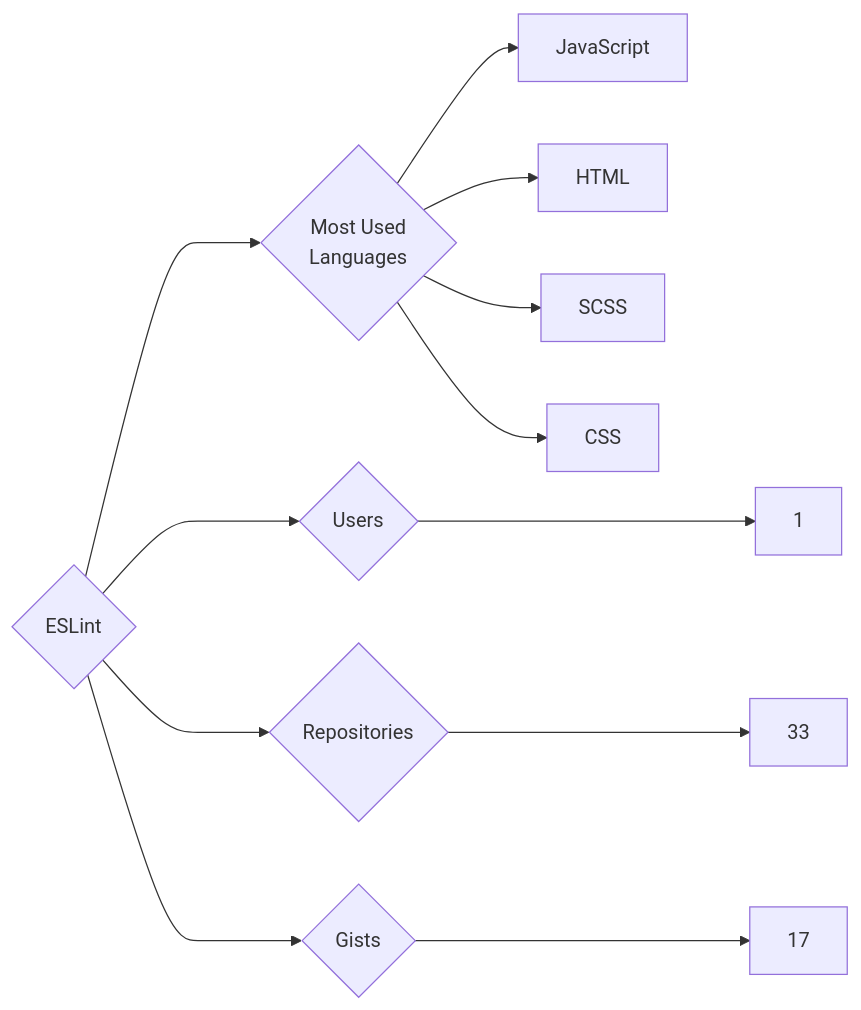
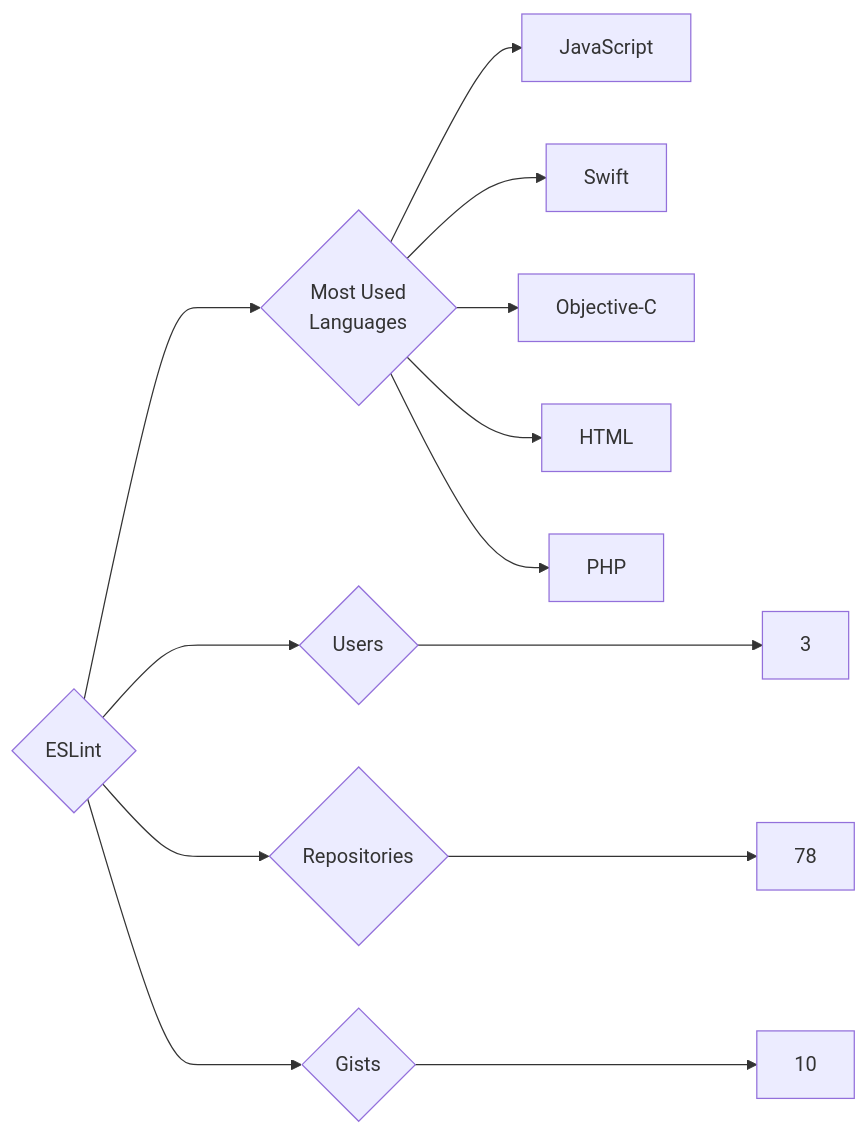
The diagram in targets/ESLint/README.md (trickest/insiders), drawn with Mermaid before and after one commit. The commit also changed 559 other files, not shown here.

````diff
--- a/targets/ESLint/README.md
+++ b/targets/ESLint/README.md
@@ -3,12 +3,13 @@
 ```mermaid
 graph LR
 COMPANY_NAME{ESLint}
-COMPANY_NAME ---> U{Users} ---> UN[1]
-COMPANY_NAME ---> R{Repositories} ---> RN[33]
-COMPANY_NAME ---> G{Gists} ---> GN[17]
+COMPANY_NAME ---> U{Users} ---> UN[3]
+COMPANY_NAME ---> R{Repositories} ---> RN[78]
+COMPANY_NAME ---> G{Gists} ---> GN[10]
 COMPANY_NAME ---> ML{Most Used<br>Languages}
 ML --> JavaScript[JavaScript]
+ML --> Swift[Swift]
+ML --> Objective-C[Objective-C]
 ML --> HTML[HTML]
-ML --> SCSS[SCSS]
-ML --> CSS[CSS]
+ML --> PHP[PHP]
 ```
````
